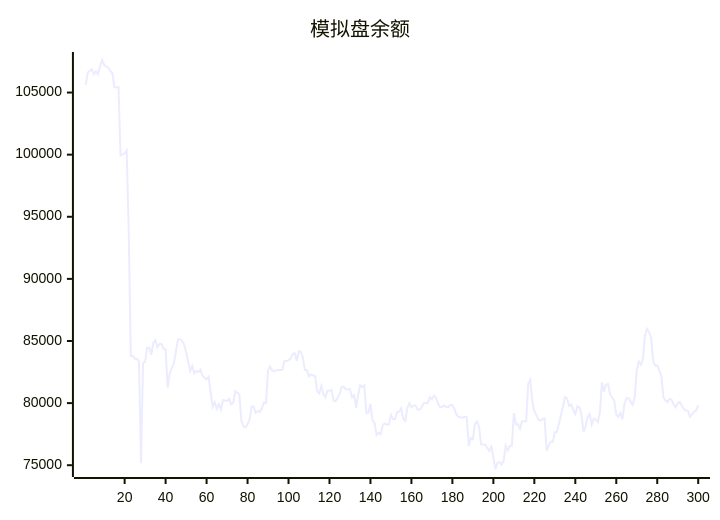
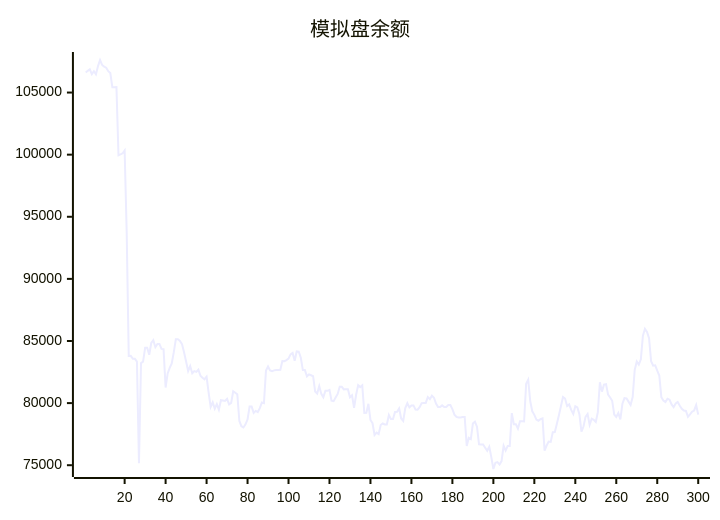
One commit to aahl/ai-trading changed the diagram in README.md. Above: the diagram before and after it, drawn with Mermaid. The commit also changed other lines of this file and 1 other file, not shown here.

````diff
--- a/README.md
+++ b/README.md
@@ -5,5 +5,5 @@
 ```mermaid
 xychart
     title "模拟盘余额"
-    line [105628,106608,106748,106872,106485,106721,106468,107132,107620,107224,107080,107001,106717,106567,105431,105431,105440,99950,100017,100113,100337,93749,83795,83807,83567,83567,83342,75168,83222,83336,84448,84449,83896,84839,85065,84499,84757,84757,84364,84347,81254,82385,82835,83184,84099,85150,85150,85002,84751,84096,83356,82582,82983,82404,82572,82512,82688,82200,82047,81920,82125,80840,79688,80060,79552,79920,79470,80236,80208,80170,80336,79894,80006,80954,80837,80712,78561,78139,78037,78293,78682,79720,79720,79214,79372,79279,79591,80046,79993,82625,82950,82626,82571,82633,82670,82670,82681,83386,83378,83464,83579,83920,84037,83402,84160,84142,83652,82655,82655,82145,82315,82243,82163,80934,80770,81371,80742,80468,80989,80989,81067,80191,80155,80450,80737,81309,81309,81106,81119,81119,80471,80631,79624,80670,81448,81290,81429,79212,79222,79940,78643,78380,77432,77623,77504,78235,78358,78284,78277,79048,78714,78714,79290,79308,79567,78763,78563,79603,79988,79652,79813,79813,79476,79469,79673,79995,80015,80015,80486,80314,80600,80436,79966,79689,79689,79819,79692,79692,79850,79850,79518,79071,78889,78850,78850,78878,78878,76554,77202,77103,78357,78510,78106,76678,76677,76672,76411,76159,76485,75656,74695,75197,75246,75052,75334,76564,76179,76553,76551,79196,78300,78300,77944,78531,78531,78521,81564,81884,80160,79335,79055,78675,78580,78708,78764,76179,76586,76902,76876,77658,77669,78346,79023,79769,80497,80366,79761,79896,79448,79126,79749,79658,79097,77695,78114,78888,79126,78249,78738,78653,78478,79271,81680,80923,81488,81527,80681,80455,80190,79084,78879,79193,78686,79954,80403,80374,80118,79848,80491,82665,83351,83098,83525,85430,85983,85737,85221,83378,83014,83043,82613,82216,80477,80208,80081,80348,80277,79894,79670,79965,80093,79786,79542,79406,79371,78893,79087,79304,79406,79841]
+    line [106608,106748,106872,106485,106721,106468,107132,107620,107224,107080,107001,106717,106567,105431,105431,105440,99950,100017,100113,100337,93749,83795,83807,83567,83567,83342,75168,83222,83336,84448,84449,83896,84839,85065,84499,84757,84757,84364,84347,81254,82385,82835,83184,84099,85150,85150,85002,84751,84096,83356,82582,82983,82404,82572,82512,82688,82200,82047,81920,82125,80840,79688,80060,79552,79920,79470,80236,80208,80170,80336,79894,80006,80954,80837,80712,78561,78139,78037,78293,78682,79720,79720,79214,79372,79279,79591,80046,79993,82625,82950,82626,82571,82633,82670,82670,82681,83386,83378,83464,83579,83920,84037,83402,84160,84142,83652,82655,82655,82145,82315,82243,82163,80934,80770,81371,80742,80468,80989,80989,81067,80191,80155,80450,80737,81309,81309,81106,81119,81119,80471,80631,79624,80670,81448,81290,81429,79212,79222,79940,78643,78380,77432,77623,77504,78235,78358,78284,78277,79048,78714,78714,79290,79308,79567,78763,78563,79603,79988,79652,79813,79813,79476,79469,79673,79995,80015,80015,80486,80314,80600,80436,79966,79689,79689,79819,79692,79692,79850,79850,79518,79071,78889,78850,78850,78878,78878,76554,77202,77103,78357,78510,78106,76678,76677,76672,76411,76159,76485,75656,74695,75197,75246,75052,75334,76564,76179,76553,76551,79196,78300,78300,77944,78531,78531,78521,81564,81884,80160,79335,79055,78675,78580,78708,78764,76179,76586,76902,76876,77658,77669,78346,79023,79769,80497,80366,79761,79896,79448,79126,79749,79658,79097,77695,78114,78888,79126,78249,78738,78653,78478,79271,81680,80923,81488,81527,80681,80455,80190,79084,78879,79193,78686,79954,80403,80374,80118,79848,80491,82665,83351,83098,83525,85430,85983,85737,85221,83378,83014,83043,82613,82216,80477,80208,80081,80348,80277,79894,79670,79965,80093,79786,79542,79406,79371,78893,79087,79304,79406,79841,79072]
 ```
````
